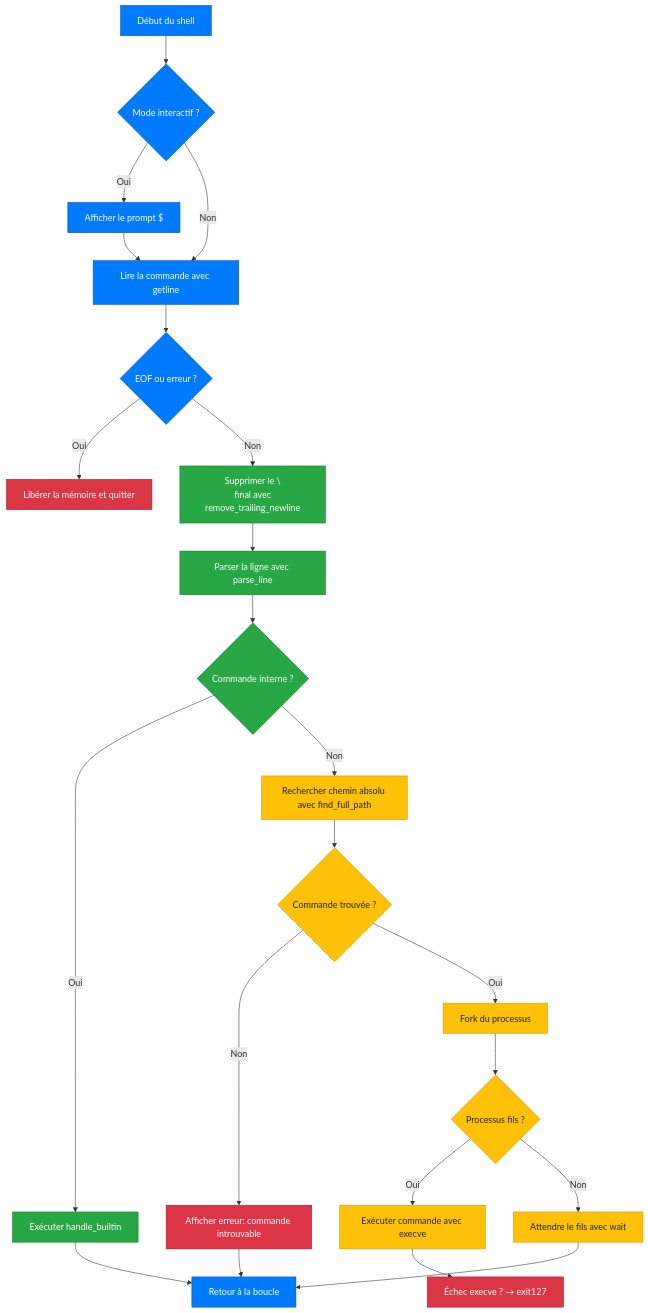
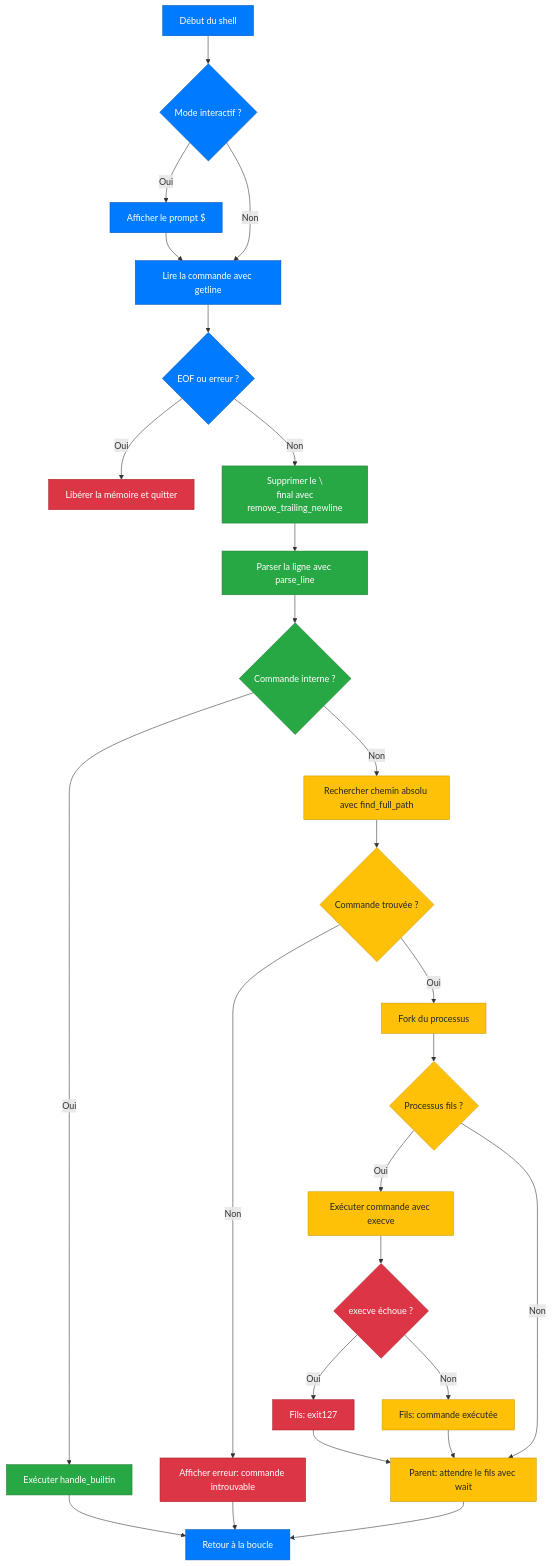
The diagram in README.md (GuarickGit/holbertonschool-simple_shell), drawn with Mermaid before and after one commit.

Commit message:
Update README.md | Enhanced right side of flowchart (parent/child)

````diff
--- a/README.md
+++ b/README.md
@@ -55,29 +55,33 @@
 ```mermaid
 flowchart TD
     classDef control fill:#007bff,color:#fff,stroke:#0056b3;
     classDef parse fill:#28a745,color:#fff,stroke:#1c7c31;
     classDef exec fill:#ffc107,color:#212529,stroke:#cc9a06;
     classDef error fill:#dc3545,color:#fff,stroke:#a71d2a;
 
     A[Début du shell]:::control --> B{Mode interactif ?}:::control
     B -- Oui --> C[Afficher le prompt $]:::control
     B -- Non --> D[Lire la commande avec getline]:::control
     C --> D[Lire la commande avec getline]:::control
     D --> E{EOF ou erreur ?}:::control
     E -- Oui --> F[Libérer la mémoire et quitter]:::error
     E -- Non --> G[Supprimer le \\n final avec remove_trailing_newline]:::parse
     G --> H[Parser la ligne avec parse_line]:::parse
     H --> I{Commande interne ?}:::parse
     I -- Oui --> J[Exécuter handle_builtin]:::parse
     I -- Non --> K[Rechercher chemin absolu avec find_full_path]:::exec
     K --> L{Commande trouvée ?}:::exec
     L -- Non --> Z[Afficher erreur: commande introuvable]:::error
     L -- Oui --> M[Fork du processus]:::exec
     M --> N{Processus fils ?}:::exec
     N -- Oui --> O[Exécuter commande avec execve]:::exec
-    O --> P[Échec execve ? → exit127]:::error
-    N -- Non --> Q[Attendre le fils avec wait]:::exec
+    O --> P{execve échoue ?}:::error
+    P -- Oui --> X[Fils: exit127]:::error
+    P -- Non --> Y[Fils: commande exécutée]:::exec
+    X --> Q[Parent: attendre le fils avec wait]:::exec
+    Y --> Q
+    N -- Non --> Q
     Q --> R[Retour à la boucle]:::control
     J --> R
     Z --> R
 ```
````
